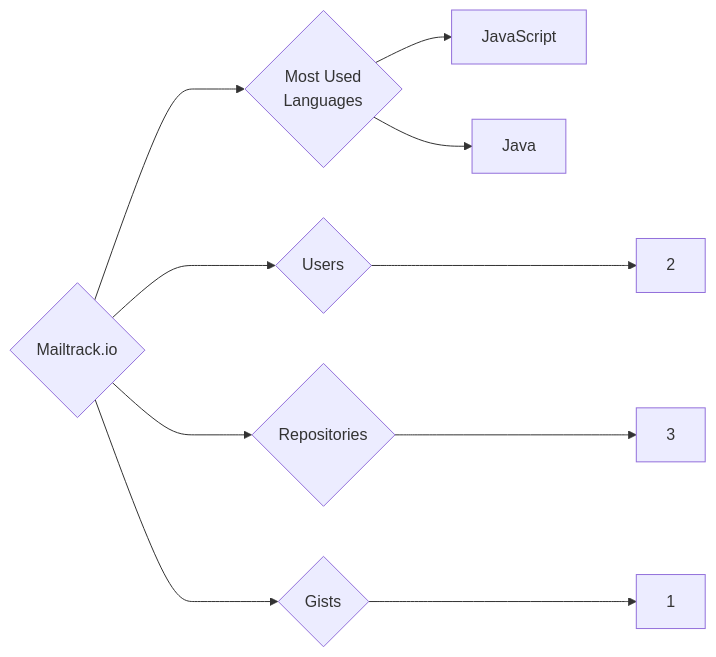
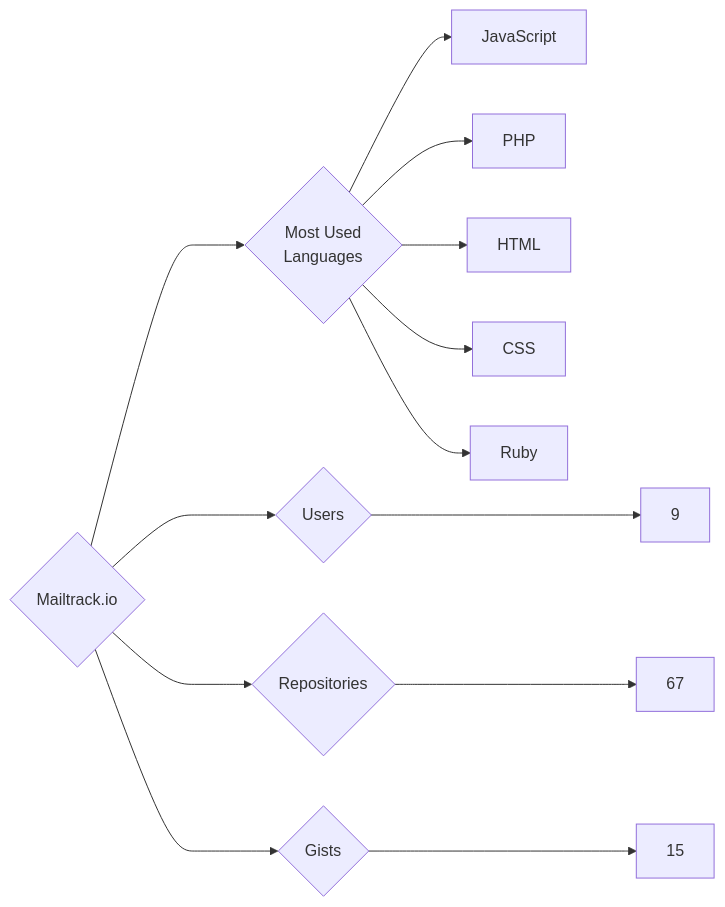
The diagram in targets/Mailtrack.io/README.md (trickest/insiders), drawn with Mermaid before and after one commit. The commit also changed 1696 other files, not shown here.

````diff
--- a/targets/Mailtrack.io/README.md
+++ b/targets/Mailtrack.io/README.md
@@ -3,10 +3,13 @@
 ```mermaid
 graph LR
 COMPANY_NAME{Mailtrack.io}
-COMPANY_NAME ---> U{Users} ---> UN[2]
-COMPANY_NAME ---> R{Repositories} ---> RN[3]
-COMPANY_NAME ---> G{Gists} ---> GN[1]
+COMPANY_NAME ---> U{Users} ---> UN[9]
+COMPANY_NAME ---> R{Repositories} ---> RN[67]
+COMPANY_NAME ---> G{Gists} ---> GN[15]
 COMPANY_NAME ---> ML{Most Used<br>Languages}
 ML --> JavaScript[JavaScript]
-ML --> Java[Java]
+ML --> PHP[PHP]
+ML --> HTML[HTML]
+ML --> CSS[CSS]
+ML --> Ruby[Ruby]
 ```
````
